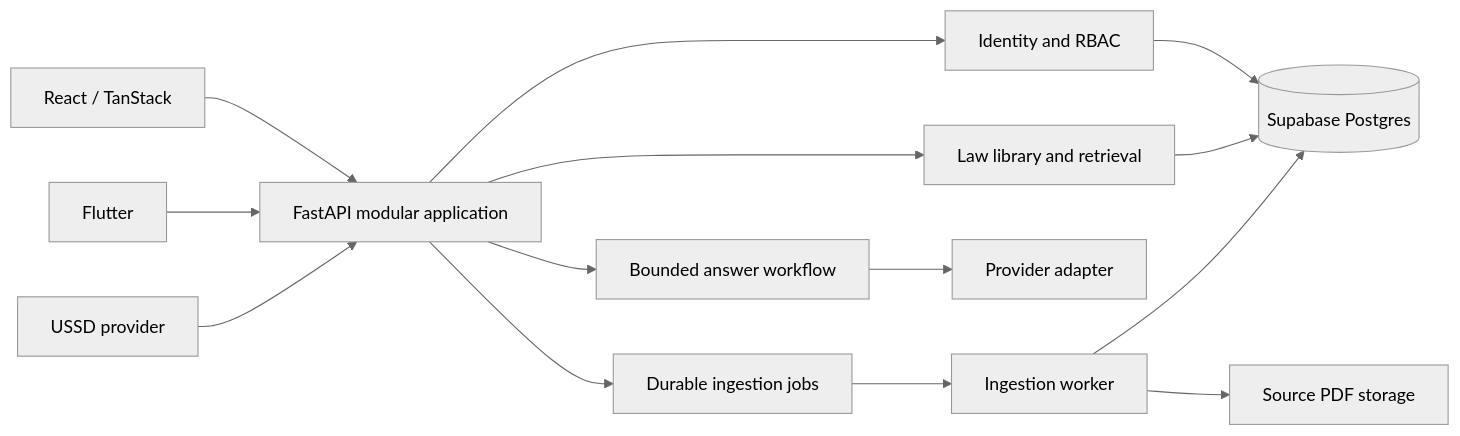
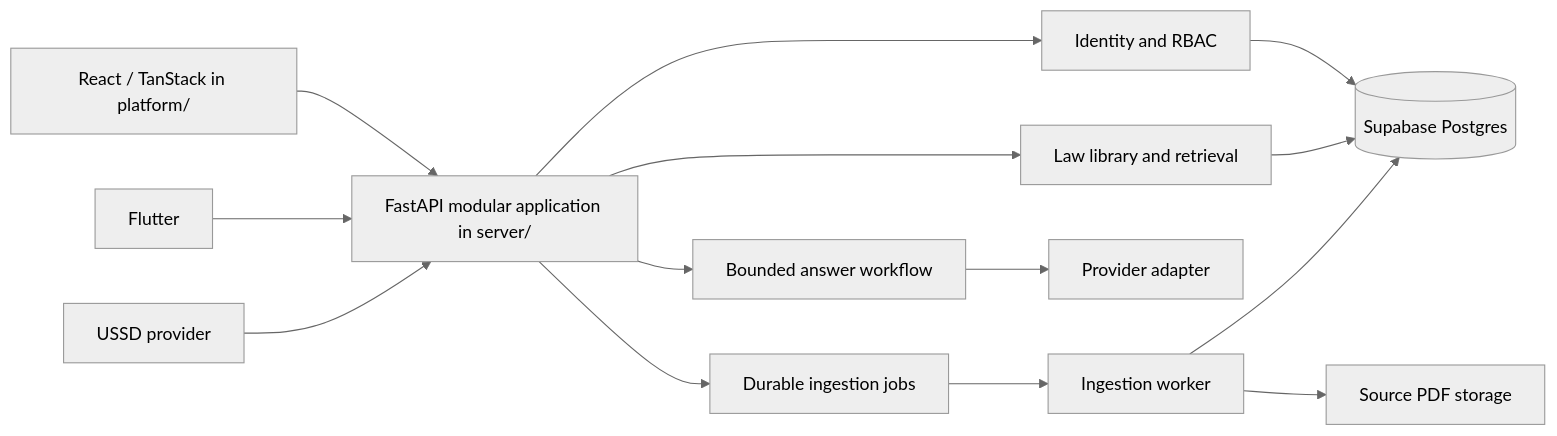
The diagram in docs/v2/02-SYSTEM-ARCHITECTURE.md (Leon-le-grand/Rengera-ai), drawn with Mermaid (neutral theme) before and after one commit. The commit also changed other lines of this file and 232 other files, not shown here.

````diff
--- a/docs/v2/02-SYSTEM-ARCHITECTURE.md
+++ b/docs/v2/02-SYSTEM-ARCHITECTURE.md
@@ -7,16 +7,16 @@
 ```mermaid
 flowchart LR
-  Web[React / TanStack] --> API[FastAPI modular application]
+  Web[React / TanStack in platform/] --> API[FastAPI modular application in server/]
   Mobile[Flutter] --> API
   USSD[USSD provider] --> API
   API --> Auth[Identity and RBAC]
   API --> Laws[Law library and retrieval]
   API --> Workflow[Bounded answer workflow]
   Workflow --> Model[Provider adapter]
   API --> Jobs[Durable ingestion jobs]
   Jobs --> Worker[Ingestion worker]
   Auth --> DB[(Supabase Postgres)]
   Laws --> DB
   Worker --> DB
   Worker --> Store[Source PDF storage]
 ```
````
